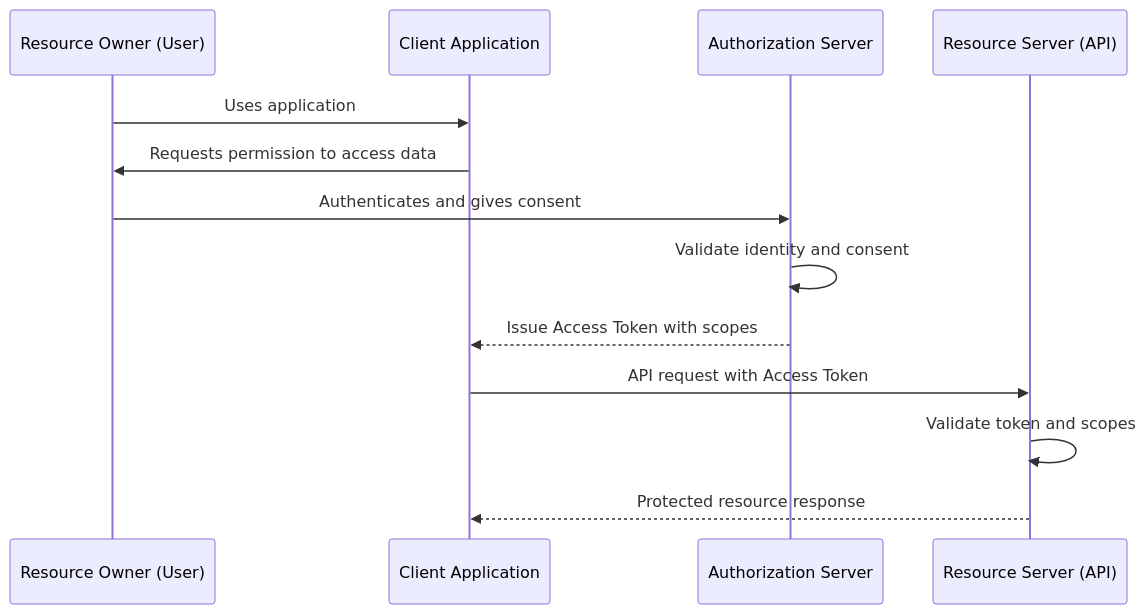
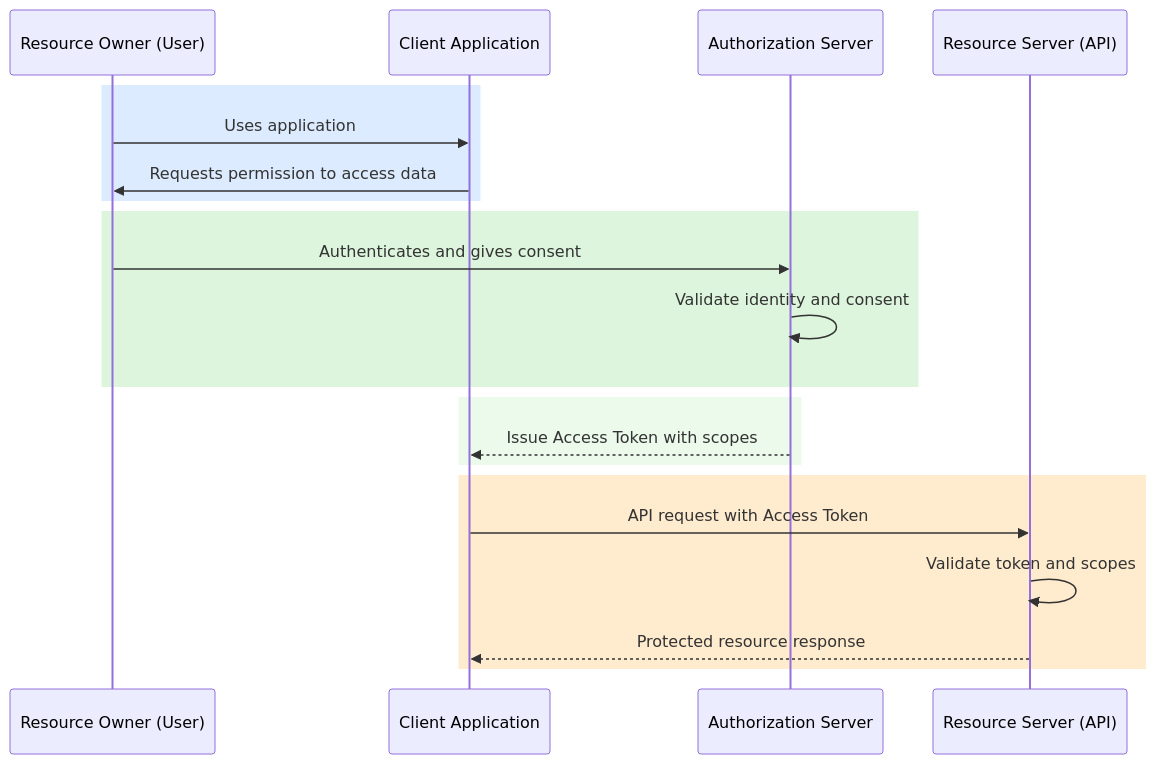
One commit to PrashantMudhiraj/AuthN_AuthZ changed the sixth of 8 diagrams in Security/AuthN_AuthZ.md. Above: the diagram before and after it, drawn with Mermaid. The commit also changed other lines of this file and 1 other file, not shown here.

````diff
--- a/Security/AuthN_AuthZ.md
+++ b/Security/AuthN_AuthZ.md
@@ -1641,19 +1658,32 @@
 ```mermaid
 sequenceDiagram
     participant RO as Resource Owner (User)
     participant Client as Client Application
     participant AS as Authorization Server
     participant RS as Resource Server (API)
 
-    RO->>Client: Uses application
-    Client->>RO: Requests permission to access data
+    %% --- CLIENT INTERACTION (BLUE) ---
+    rect rgb(220, 235, 255)
+        RO->>Client: Uses application
+        Client->>RO: Requests permission to access data
+    end
 
-    RO->>AS: Authenticates and gives consent
-    AS->>AS: Validate identity and consent
+    %% --- AUTHENTICATION & CONSENT (GREEN) ---
+    rect rgb(220, 245, 220)
+        RO->>AS: Authenticates and gives consent
+        AS->>AS: Validate identity and consent
+    end
 
-    AS-->>Client: Issue Access Token with scopes
+    %% --- TOKEN ISSUANCE (LIGHT GREEN) ---
+    rect rgb(235, 250, 235)
+        AS-->>Client: Issue Access Token with scopes
+    end
 
-    Client->>RS: API request with Access Token
-    RS->>RS: Validate token and scopes
-    RS-->>Client: Protected resource response
+    %% --- RESOURCE ACCESS (ORANGE) ---
+    rect rgb(255, 235, 205)
+        Client->>RS: API request with Access Token
+        RS->>RS: Validate token and scopes
+        RS-->>Client: Protected resource response
+    end
+
 ```
````
